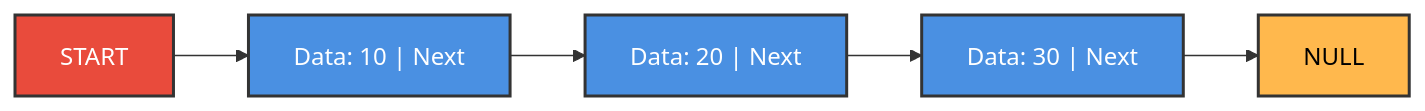
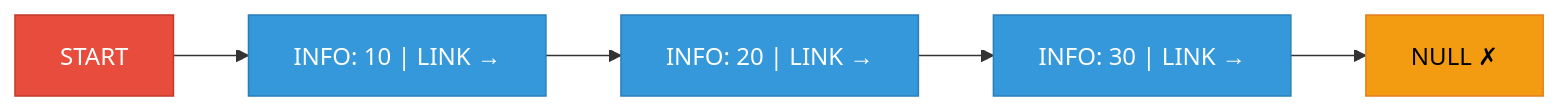
One commit to M-F-Tushar/CSE-2101-Data-Structure changed the third of 27 diagrams in Chapter 5 - Linked Lists/README.md. Above: the diagram before and after it, drawn with Mermaid. The commit also changed other lines of this file, not shown here.

````diff
--- a/Chapter 5 - Linked Lists/README.md
+++ b/Chapter 5 - Linked Lists/README.md
@@ -189,13 +80,13 @@
 ```mermaid
 graph LR
-    START["START"] --> A["Data: 10 | Next"]
-    A --> B["Data: 20 | Next"]
-    B --> C["Data: 30 | Next"]
-    C --> D["NULL"]
+    START["START"] --> N1["INFO: 10 | LINK →"]
+    N1 --> N2["INFO: 20 | LINK →"]
+    N2 --> N3["INFO: 30 | LINK →"]
+    N3 --> NULL["NULL ✗"]
     
-    style START fill:#E94B3C,stroke:#333,stroke-width:2px,color:#fff
-    style A fill:#4A90E2,stroke:#333,stroke-width:2px,color:#fff
-    style B fill:#4A90E2,stroke:#333,stroke-width:2px,color:#fff
-    style C fill:#4A90E2,stroke:#333,stroke-width:2px,color:#fff
-    style D fill:#FFB84D,stroke:#333,stroke-width:2px,color:#000
+    style START fill:#e74c3c,stroke:#c0392b,color:#fff
+    style N1 fill:#3498db,stroke:#2980b9,color:#fff
+    style N2 fill:#3498db,stroke:#2980b9,color:#fff
+    style N3 fill:#3498db,stroke:#2980b9,color:#fff
+    style NULL fill:#f39c12,stroke:#e67e22,color:#000
 ```
````
